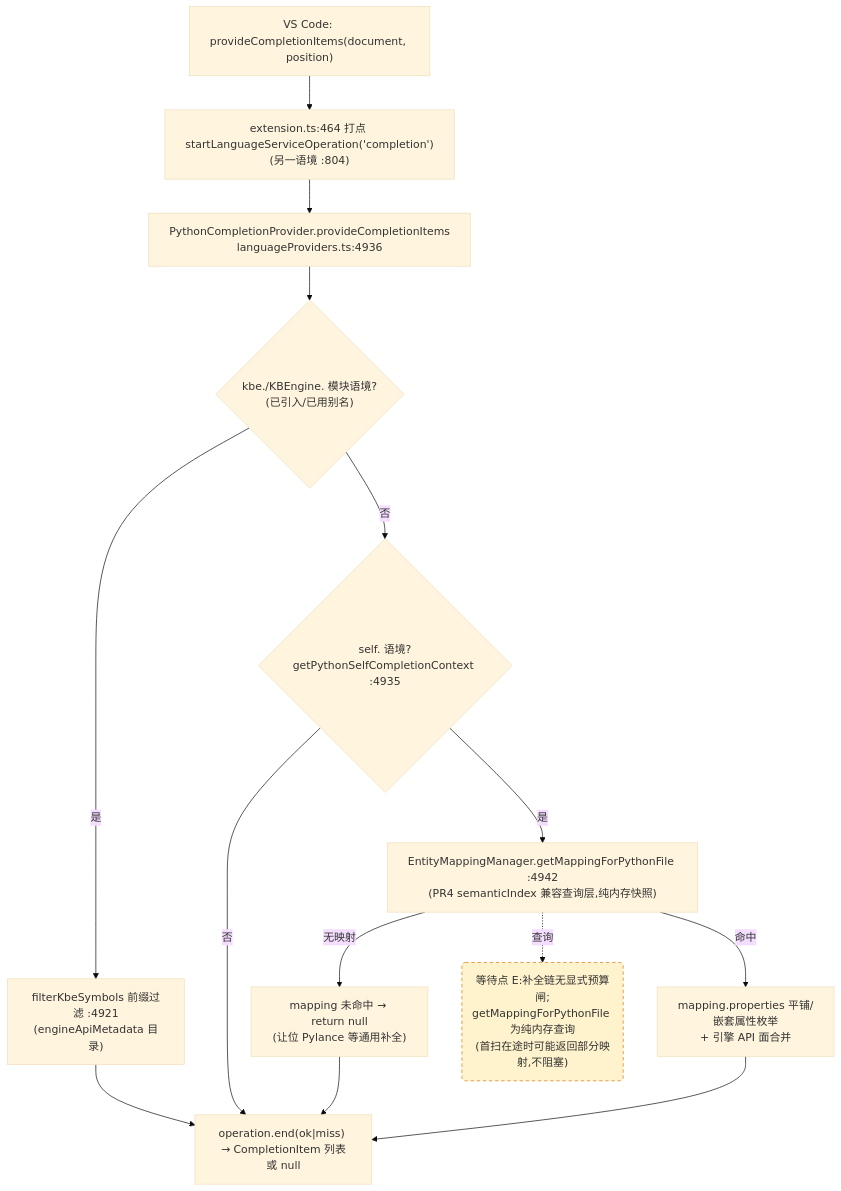
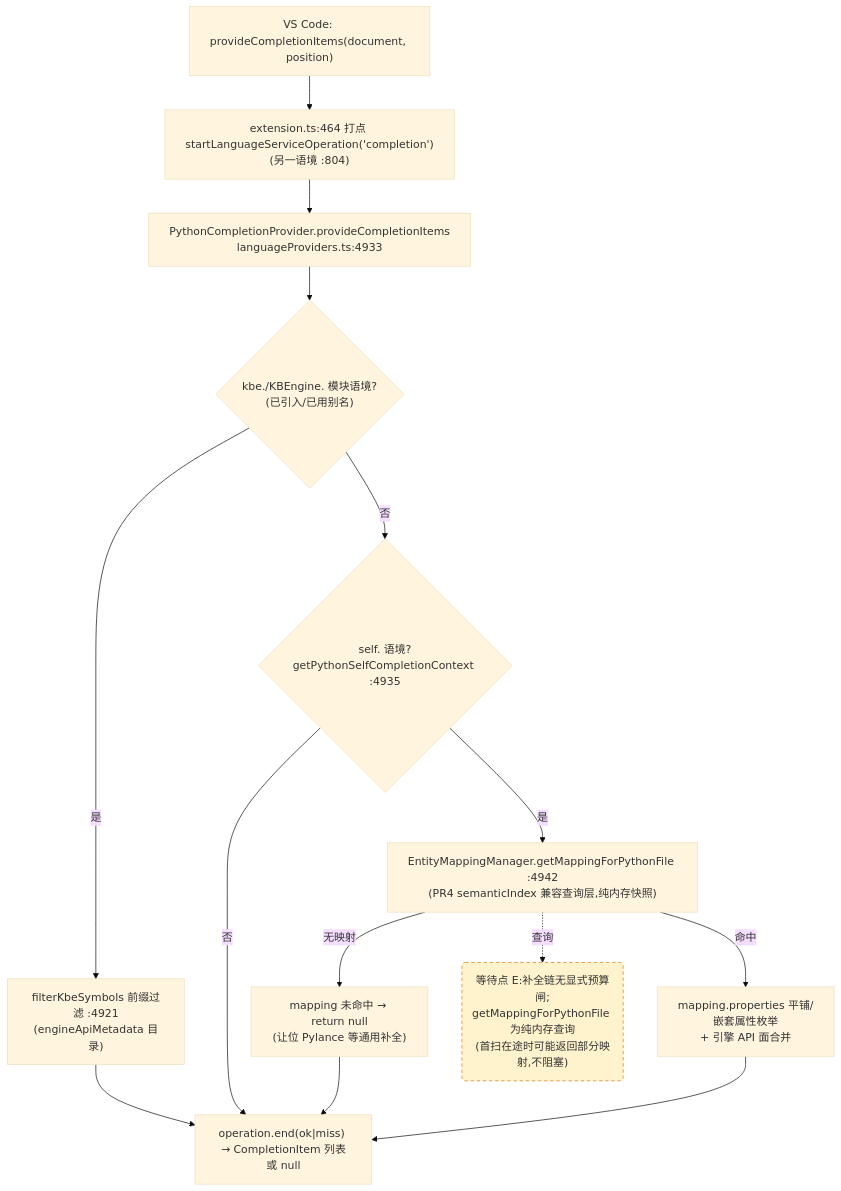
Before and after one commit to cuihairu/kode: the third of 4 diagrams in docs/perf/2026-baseline.md, drawn with Mermaid (base theme). The commit also changed other lines of this file and 3 other files, not shown here.

````diff
--- a/docs/perf/2026-baseline.md
+++ b/docs/perf/2026-baseline.md
@@ -184,27 +184,27 @@
 ```mermaid
 flowchart TD
   VC3["VS Code: provideCompletionItems(document, position)"]
   M3["extension.ts:464 打点 startLanguageServiceOperation('completion')<br/>(另一语境 :804)"]
-  CP["PythonCompletionProvider.provideCompletionItems<br/>languageProviders.ts:4936"]
+  CP["PythonCompletionProvider.provideCompletionItems<br/>languageProviders.ts:4933"]
   KBEC{"kbe./KBEngine. 模块语境?<br/>(已引入/已用别名)"}
   FILTER["filterKbeSymbols 前缀过滤 :4921<br/>(engineApiMetadata 目录)"]
   SELFC{"self. 语境?<br/>getPythonSelfCompletionContext :4935"}
   MAP["EntityMappingManager.getMappingForPythonFile :4942<br/>(PR4 semanticIndex 兼容查询层,纯内存快照)"]
   NOMAP["mapping 未命中 → return null<br/>(让位 Pylance 等通用补全)"]
   PROPS["mapping.properties 平铺/嵌套属性枚举<br/>+ 引擎 API 面合并"]
   END3["operation.end(ok|miss) → CompletionItem 列表或 null"]
 
   VC3 --> M3 --> CP --> KBEC
   KBEC -- "是" --> FILTER --> END3
   KBEC -- "否" --> SELFC
   SELFC -- "否" --> END3
   SELFC -- "是" --> MAP
   MAP -- "无映射" --> NOMAP --> END3
   MAP -- "命中" --> PROPS --> END3
 
   WAITE("等待点 E:补全链无显式预算闸;<br/>getMappingForPythonFile 为纯内存查询<br/>(首扫在途时可能返回部分映射,不阻塞)")
   MAP -.->|查询| WAITE
 
   classDef waitPoint fill:#fff3cd,stroke:#d97706,stroke-dasharray:5 4;
   class WAITE waitPoint;
 ```
````
